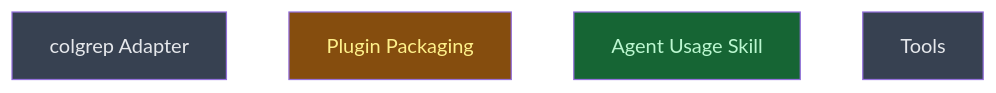
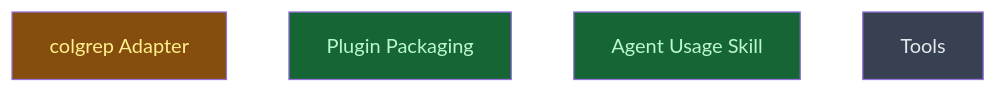
One commit to CrackingShells/colgrep-mcp changed the diagram in __roadmap__/colgrep_mcp/build/README.md. Above: the diagram before and after it, drawn with Mermaid. The commit also changed other lines of this file and 7 other files, not shown here.

First line of the commit message:
docs(reports): add architecture v1 delta from measured colgrep and MCP findings

````diff
--- a/__roadmap__/colgrep_mcp/build/README.md
+++ b/__roadmap__/colgrep_mcp/build/README.md
@@ -19,12 +19,12 @@
 ```mermaid
 graph TD
-    colgrep_adapter[colgrep Adapter]:::planned
-    plugin_packaging[Plugin Packaging]:::inprogress
+    colgrep_adapter[colgrep Adapter]:::inprogress
+    plugin_packaging[Plugin Packaging]:::done
     agent_skill[Agent Usage Skill]:::done
     tools[Tools]:::planned
     classDef done       fill:#166534,color:#bbf7d0
     classDef inprogress fill:#854d0e,color:#fef08a
     classDef planned    fill:#374151,color:#e5e7eb
     classDef amendment  fill:#1e3a5f,color:#bfdbfe
     classDef blocked    fill:#7f1d1d,color:#fecaca
 ```
````
